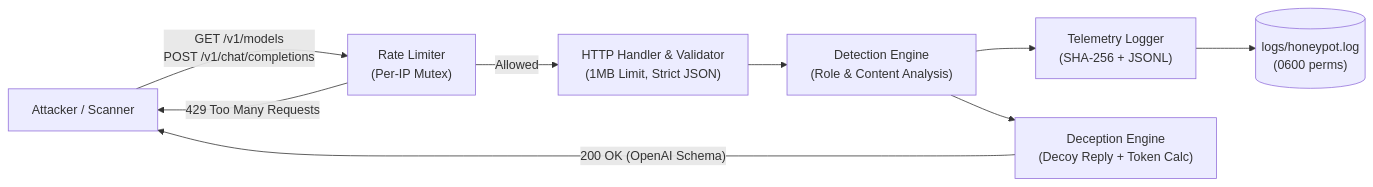
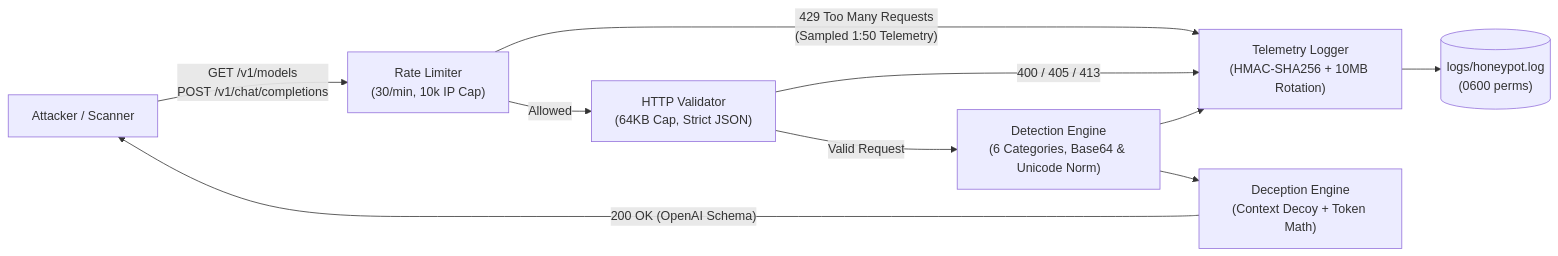
The diagram in README.md (efronh/go-llm-honeypot), drawn with Mermaid before and after one commit. The commit also changed other lines of this file, not shown here.

Commit message:
Update README to document HMAC-SHA256, 6 detection categories, unified Event schema, and operational limits

````diff
--- a/README.md
+++ b/README.md
@@ -19,11 +24,12 @@
 ```mermaid
 flowchart LR
-    A["Attacker / Scanner"] -->|"GET /v1/models\nPOST /v1/chat/completions"| B["Rate Limiter\n(Per-IP Mutex)"]
-    B -->|"429 Too Many Requests"| A
-    B -->|"Allowed"| C["HTTP Handler & Validator\n(1MB Limit, Strict JSON)"]
-    C --> D["Detection Engine\n(Role & Content Analysis)"]
-    D --> E["Telemetry Logger\n(SHA-256 + JSONL)"]
-    D --> F["Deception Engine\n(Decoy Reply + Token Calc)"]
+    A["Attacker / Scanner"] -->|"GET /v1/models\nPOST /v1/chat/completions"| B["Rate Limiter\n(30/min, 10k IP Cap)"]
+    B -->|"429 Too Many Requests\n(Sampled 1:50 Telemetry)"| E["Telemetry Logger\n(HMAC-SHA256 + 10MB Rotation)"]
+    B -->|"Allowed"| C["HTTP Validator\n(64KB Cap, Strict JSON)"]
+    C -->|"400 / 405 / 413"| E
+    C -->|"Valid Request"| D["Detection Engine\n(6 Categories, Base64 & Unicode Norm)"]
+    D --> E
+    D --> F["Deception Engine\n(Context Decoy + Token Math)"]
     E --> G[("logs/honeypot.log\n(0600 perms)")]
     F -->|"200 OK (OpenAI Schema)"| A
 ```
````
